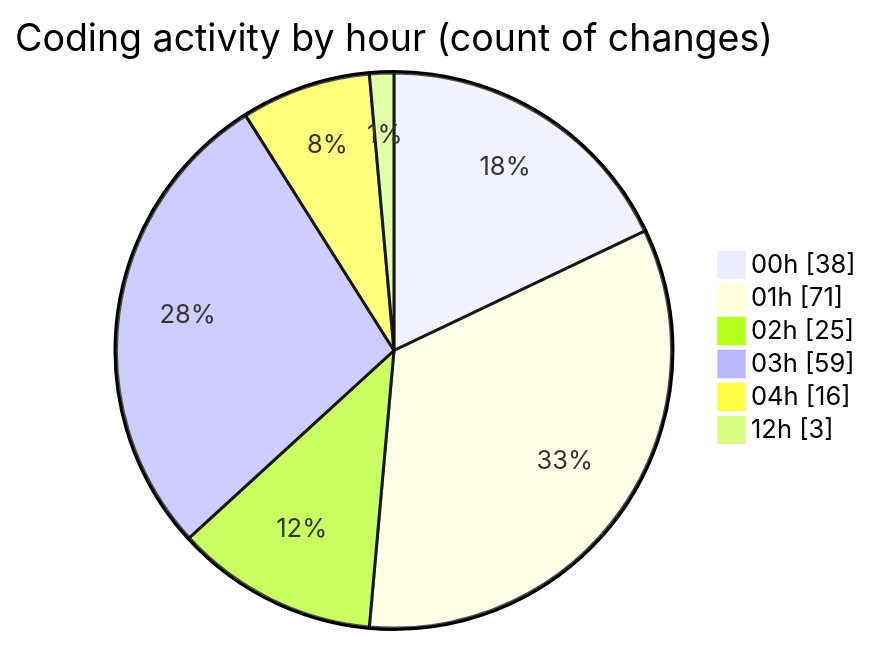
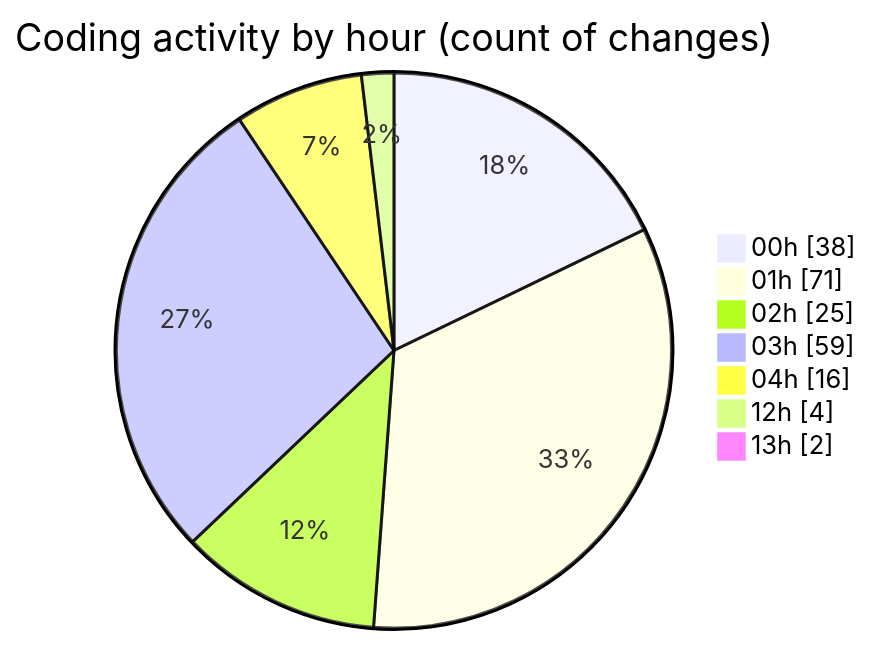
The second of 2 diagrams in 2025-07-27/quanlyrapchieuphim-1/README.md (lephambinh05/code-tracking), drawn with Mermaid before and after one commit. The commit also changed other lines of this file and 1 other file, not shown here.

````diff
--- a/2025-07-27/quanlyrapchieuphim-1/README.md
+++ b/2025-07-27/quanlyrapchieuphim-1/README.md
@@ -78,10 +80,11 @@
 ```mermaid
 pie showData
 title Coding activity by hour (count of changes)
 "00h" : 38
 "01h" : 71
 "02h" : 25
 "03h" : 59
 "04h" : 16
-"12h" : 3
+"12h" : 4
+"13h" : 2
 ```
````
